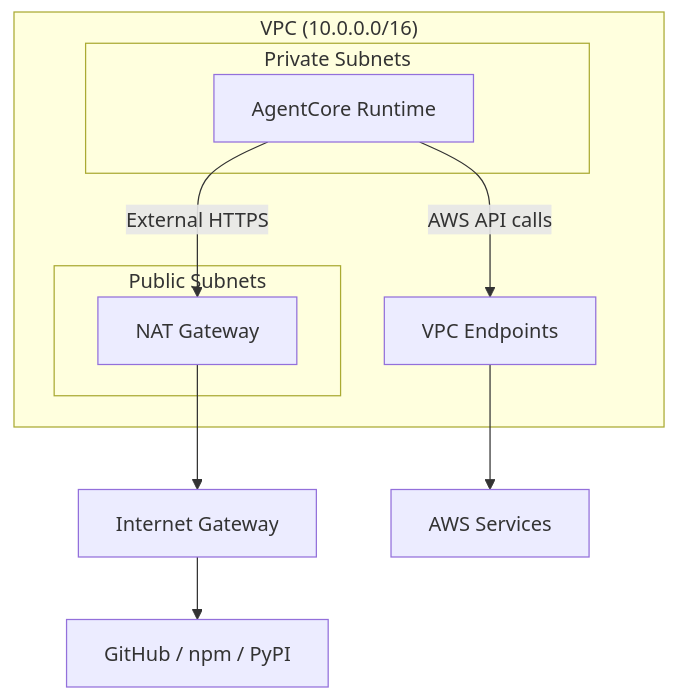
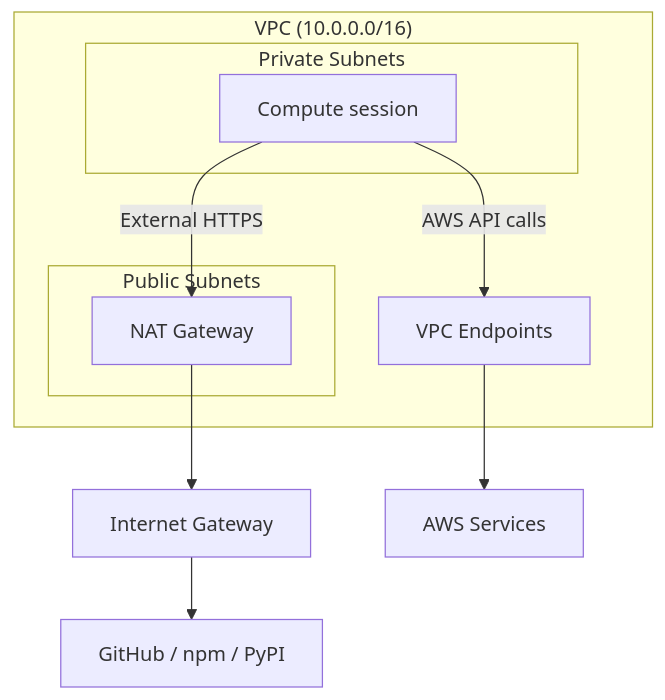
The diagram in docs/design/COMPUTE.md (Agsiegert/sample-autonomous-cloud-coding-agents), drawn with Mermaid before and after one commit. The commit also changed other lines of this file and 66 other files, not shown here.

````diff
--- a/docs/design/COMPUTE.md
+++ b/docs/design/COMPUTE.md
@@ -127,20 +137,20 @@
 ```mermaid
 flowchart TB
     subgraph VPC["VPC (10.0.0.0/16)"]
         subgraph Private["Private Subnets"]
-            RT[AgentCore Runtime]
+            RT[Compute session]
         end
         subgraph Public["Public Subnets"]
             NAT[NAT Gateway]
         end
         VPE[VPC Endpoints]
     end
     IGW[Internet Gateway]
     GH[GitHub / npm / PyPI]
     AWS[AWS Services]
 
     RT -->|AWS API calls| VPE
     VPE --> AWS
     RT -->|External HTTPS| NAT
     NAT --> IGW --> GH
 ```
````
